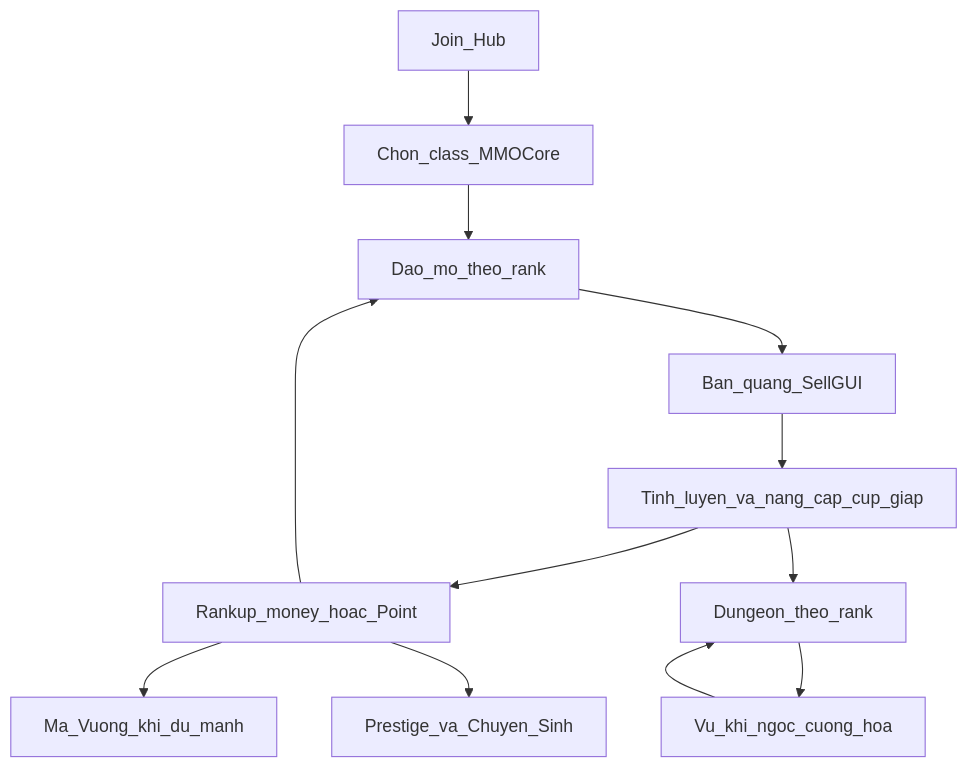
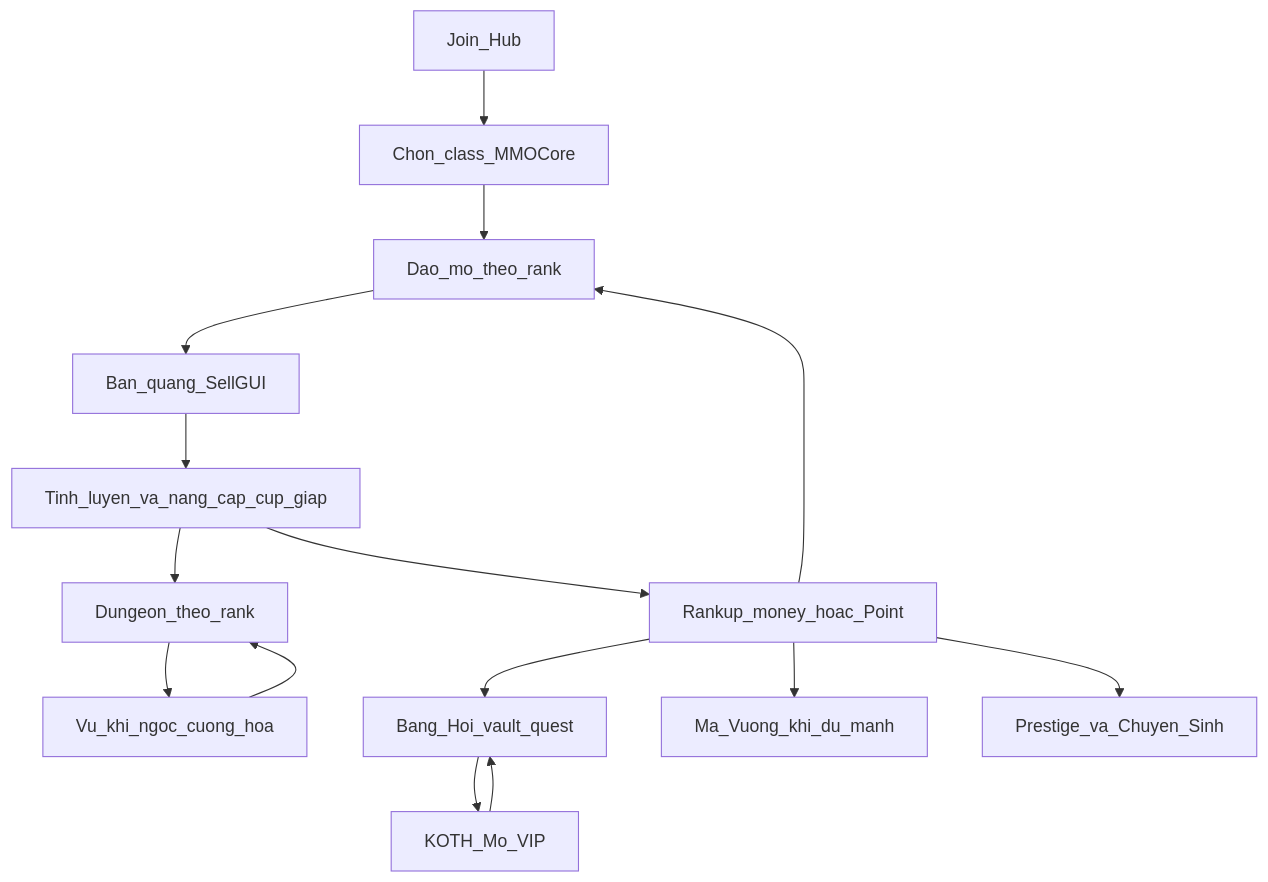
The diagram in docs/loi-choi.md (abees-dev/minecraft-prison-configure), drawn with Mermaid before and after one commit. The commit also changed other lines of this file and 4 other files, not shown here.

````diff
--- a/docs/loi-choi.md
+++ b/docs/loi-choi.md
@@ -37,14 +39,17 @@
 ```mermaid
 flowchart TD
   join[Join_Hub] --> classPick[Chon_class_MMOCore]
   classPick --> mine[Dao_mo_theo_rank]
   mine --> sell[Ban_quang_SellGUI]
   sell --> craft[Tinh_luyen_va_nang_cap_cup_giap]
   craft --> rankup[Rankup_money_hoac_Point]
   rankup --> mine
   craft --> dungeon[Dungeon_theo_rank]
   dungeon --> gear[Vu_khi_ngoc_cuong_hoa]
   gear --> dungeon
+  rankup --> gang[Bang_Hoi_vault_quest]
+  gang --> koth[KOTH_Mo_VIP]
+  koth --> gang
   rankup --> boss[Ma_Vuong_khi_du_manh]
   rankup --> endgame[Prestige_va_Chuyen_Sinh]
 ```
````
